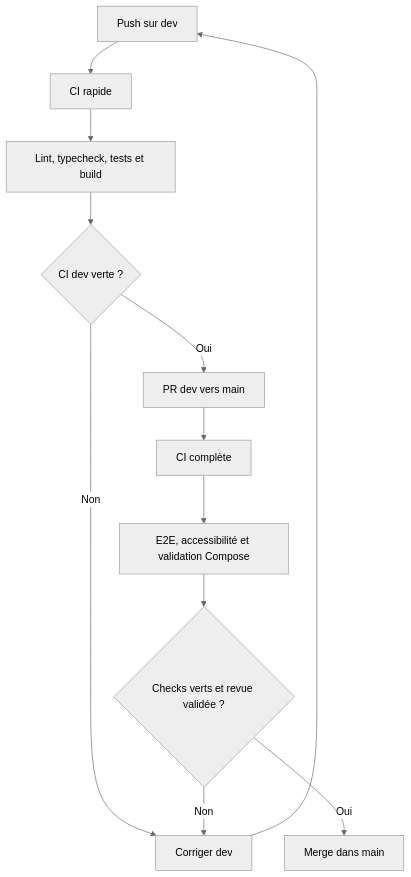
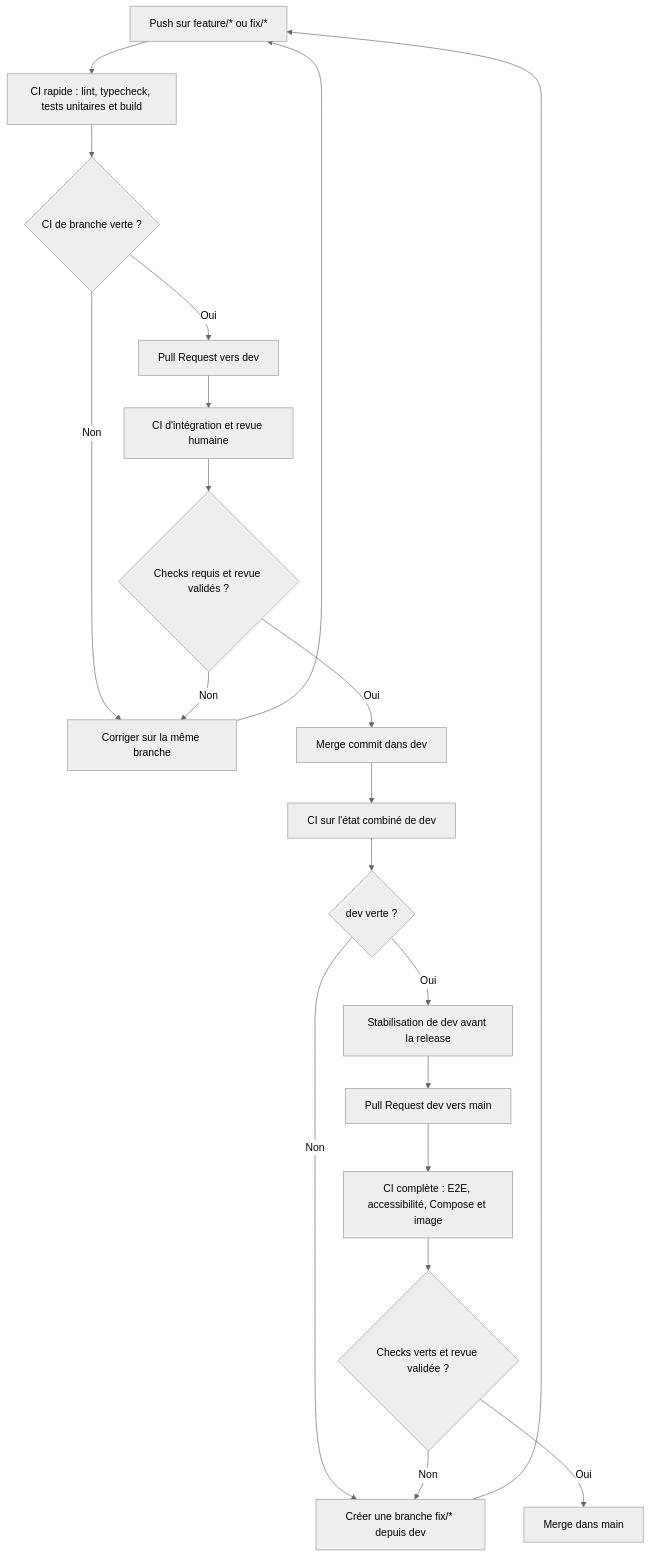
Before and after one commit to ismaelgiovannetti/HEIG-Odyssey: the tenth of 11 diagrams in docs/01-kickoff/HEIG_Odyssey_Kickoff_Semaine_1_FINAL.md, drawn with Mermaid (neutral theme). The commit also changed other lines of this file, not shown here.

````diff
--- a/docs/01-kickoff/HEIG_Odyssey_Kickoff_Semaine_1_FINAL.md
+++ b/docs/01-kickoff/HEIG_Odyssey_Kickoff_Semaine_1_FINAL.md
@@ -312,17 +371,28 @@
 ```mermaid
 flowchart TB
-    A[Push sur dev] --> B[CI rapide]
-    B --> B1[Lint, typecheck, tests et build]
-    B1 --> C{CI dev verte ?}
+    A["Push sur feature/* ou fix/*"] --> B[CI rapide : lint, typecheck, tests unitaires et build]
+    B --> C{CI de branche verte ?}
 
-    C -- Non --> D[Corriger dev]
+    C -- Non --> D[Corriger sur la même branche]
     D --> A
 
-    C -- Oui --> E[PR dev vers main]
-    E --> F[CI complète]
-    F --> F1[E2E, accessibilité et validation Compose]
-    F1 --> G{Checks verts et revue validée ?}
+    C -- Oui --> E[Pull Request vers dev]
+    E --> F[CI d'intégration et revue humaine]
+    F --> G{Checks requis et revue validés ?}
 
     G -- Non --> D
-    G -- Oui --> H[Merge dans main]
+    G -- Oui --> H[Merge commit dans dev]
+    H --> I[CI sur l'état combiné de dev]
+    I --> J{dev verte ?}
+
+    J -- Non --> K["Créer une branche fix/* depuis dev"]
+    K --> A
+
+    J -- Oui --> L[Stabilisation de dev avant la release]
+    L --> M[Pull Request dev vers main]
+    M --> N[CI complète : E2E, accessibilité, Compose et image]
+    N --> O{Checks verts et revue validée ?}
+
+    O -- Non --> K
+    O -- Oui --> P[Merge dans main]
 ```
````
